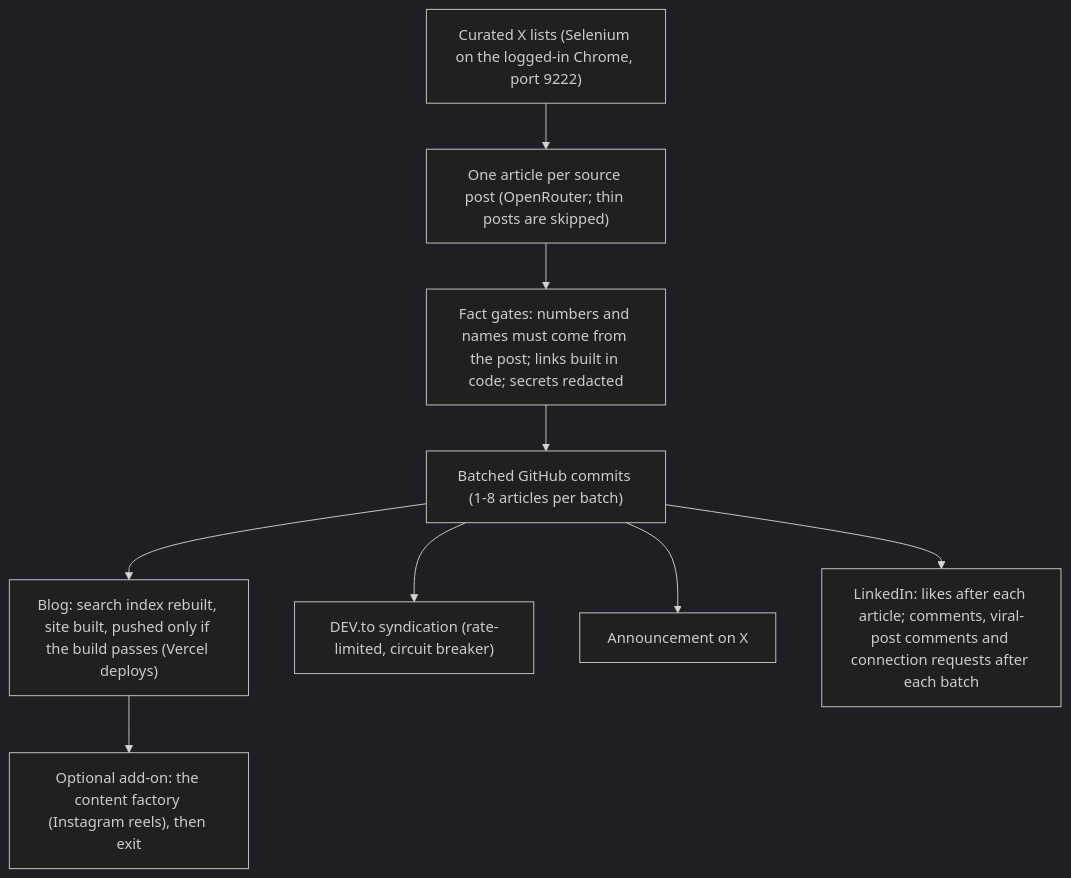
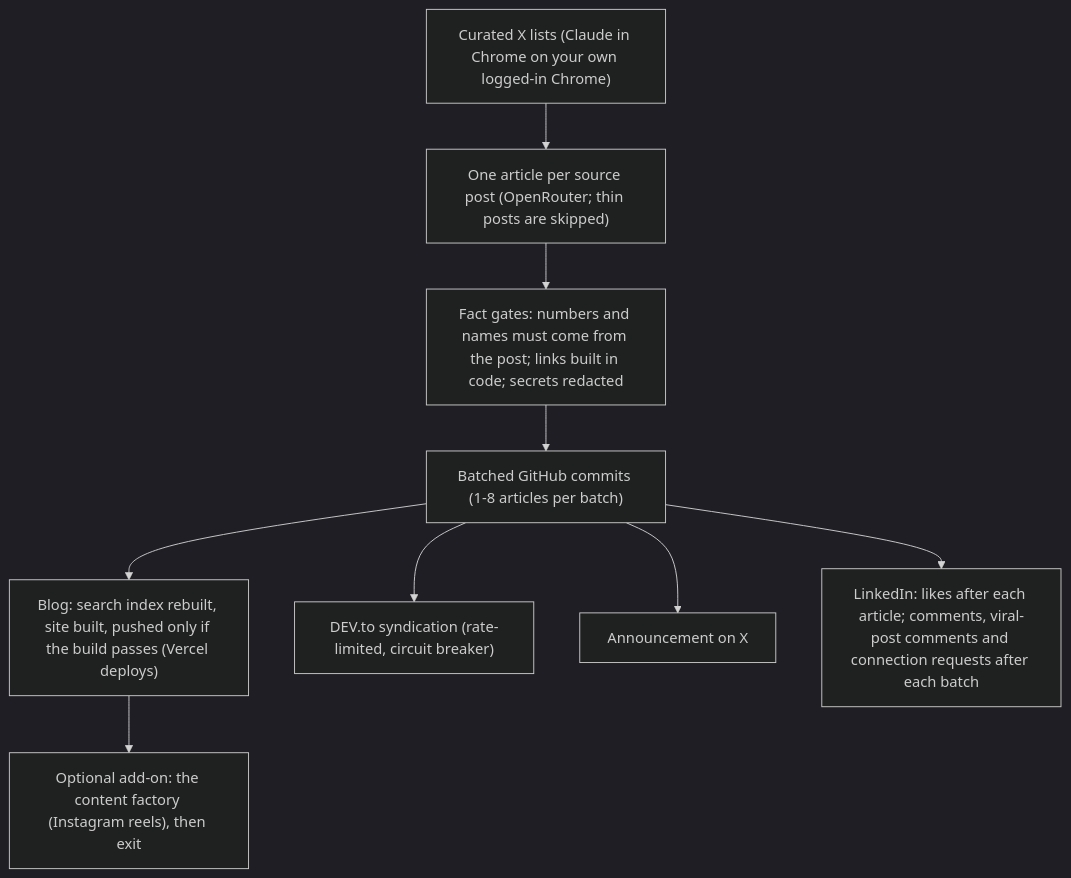
The diagram in README.md (Drix10/ai-resources-pipeline), drawn with Mermaid (dark theme) before and after one commit. The commit also changed other lines of this file and 19 other files, not shown here.

First line of the commit message:
X and LinkedIn run in Claude in Chrome sessions: selenium and Chrome :9222 are gone

````diff
--- a/README.md
+++ b/README.md
@@ -14,11 +14,11 @@
 ```mermaid
 flowchart TD
-    A["Curated X lists (Selenium on the logged-in Chrome, port 9222)"] --> B["One article per source post (OpenRouter; thin posts are skipped)"]
+    A["Curated X lists (Claude in Chrome on your own logged-in Chrome)"] --> B["One article per source post (OpenRouter; thin posts are skipped)"]
     B --> C["Fact gates: numbers and names must come from the post; links built in code; secrets redacted"]
     C --> D["Batched GitHub commits (1-8 articles per batch)"]
     D --> E["Blog: search index rebuilt, site built, pushed only if the build passes (Vercel deploys)"]
     D --> F["DEV.to syndication (rate-limited, circuit breaker)"]
     D --> G["Announcement on X"]
     D --> H["LinkedIn: likes after each article; comments, viral-post comments and connection requests after each batch"]
     E --> I["Optional add-on: the content factory (Instagram reels), then exit"]
 ```
````
